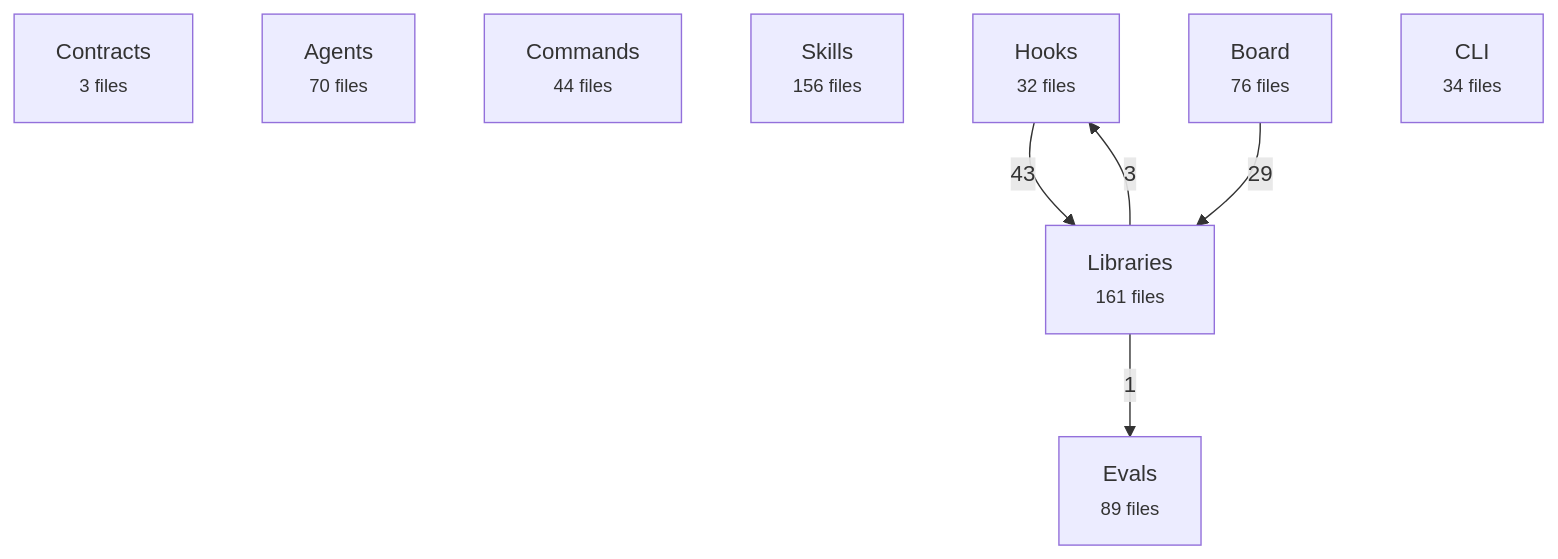
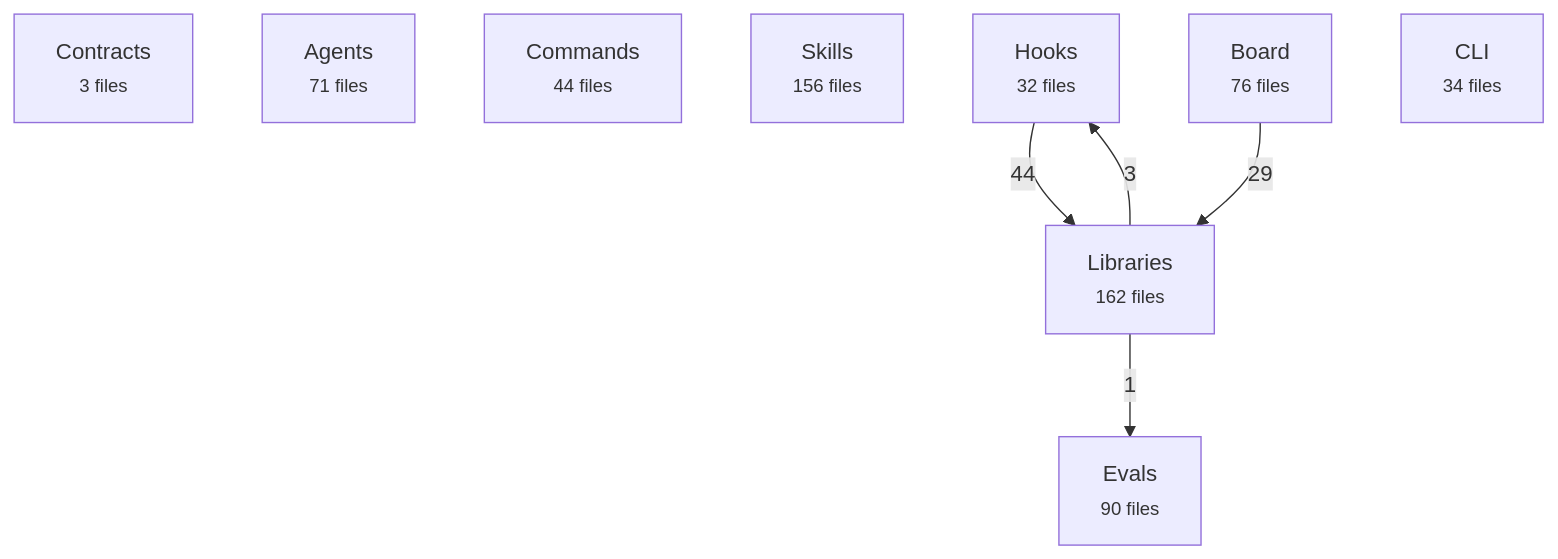
One commit to avelikiy/great_cto changed the first of 2 diagrams in docs/reference/architecture-map.md. Above: the diagram before and after it, drawn with Mermaid. The commit also changed other lines of this file and 17 other files, not shown here.

````diff
--- a/docs/reference/architecture-map.md
+++ b/docs/reference/architecture-map.md
@@ -20,16 +20,16 @@
 ```mermaid
 flowchart TD
   contracts["Contracts<br/><small>3 files</small>"]
-  agents["Agents<br/><small>70 files</small>"]
+  agents["Agents<br/><small>71 files</small>"]
   commands["Commands<br/><small>44 files</small>"]
   skills["Skills<br/><small>156 files</small>"]
   hooks["Hooks<br/><small>32 files</small>"]
-  libs["Libraries<br/><small>161 files</small>"]
+  libs["Libraries<br/><small>162 files</small>"]
   board["Board<br/><small>76 files</small>"]
   cli["CLI<br/><small>34 files</small>"]
-  evals["Evals<br/><small>89 files</small>"]
-  hooks -->|43| libs
+  evals["Evals<br/><small>90 files</small>"]
+  hooks -->|44| libs
   board -->|29| libs
   libs -->|3| hooks
   libs -->|1| evals
 ```
````
